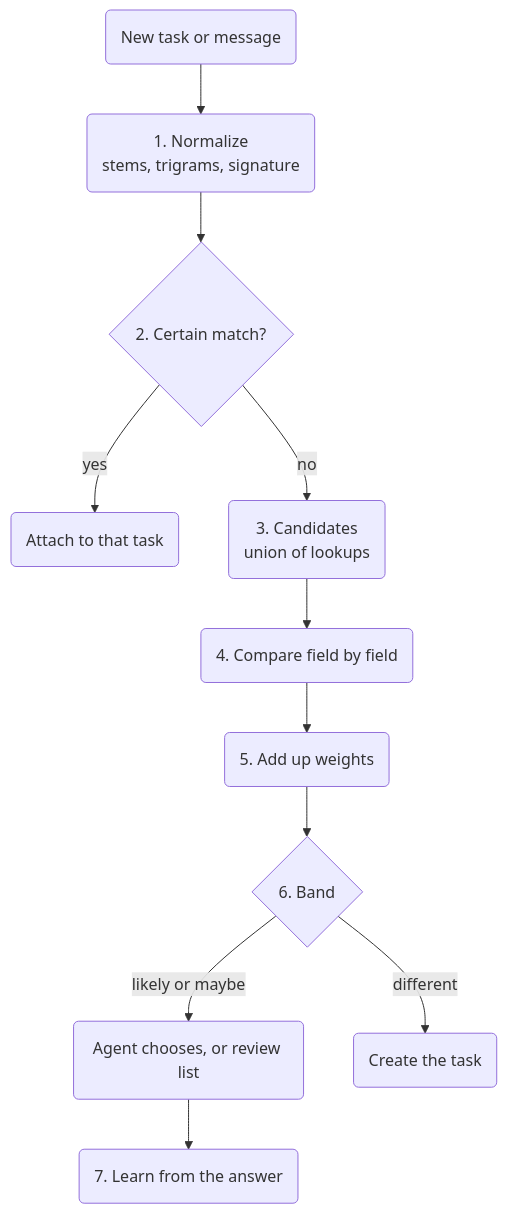
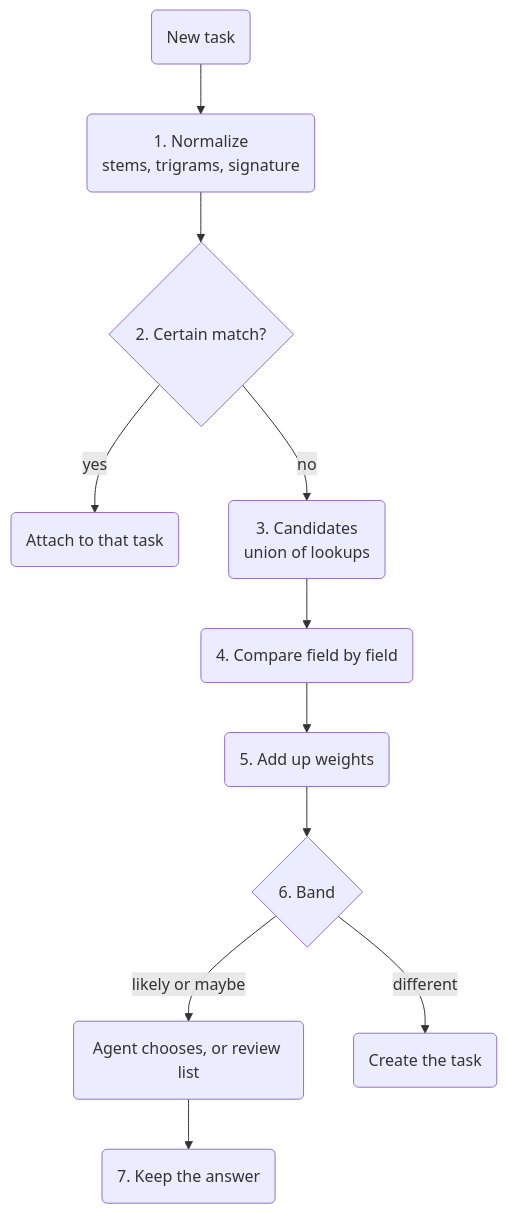
The diagram in content/docs/tasks-architecture.mdx (WireCatLabs/cli-docs), drawn with Mermaid before and after one commit. The commit also changed other lines of this file and 5 other files, not shown here.

````diff
--- a/content/docs/tasks-architecture.mdx
+++ b/content/docs/tasks-architecture.mdx
@@ -90,13 +130,13 @@
 ```mermaid How a new task is checked for duplicates
 graph TD
-  New("New task or message") --> Norm("1. Normalize<br>stems, trigrams, signature")
+  New("New task") --> Norm("1. Normalize<br>stems, trigrams, signature")
   Norm --> Certain{"2. Certain match?"}
   Certain -->|"yes"| Attach("Attach to that task")
   Certain -->|"no"| Cand("3. Candidates<br>union of lookups")
   Cand --> Compare("4. Compare field by field")
   Compare --> Score("5. Add up weights")
   Score --> Decide{"6. Band"}
   Decide -->|"likely or maybe"| Ask("Agent chooses, or review list")
   Decide -->|"different"| Create("Create the task")
-  Ask --> Learn("7. Learn from the answer")
+  Ask --> Learn("7. Keep the answer")
 ```
````
